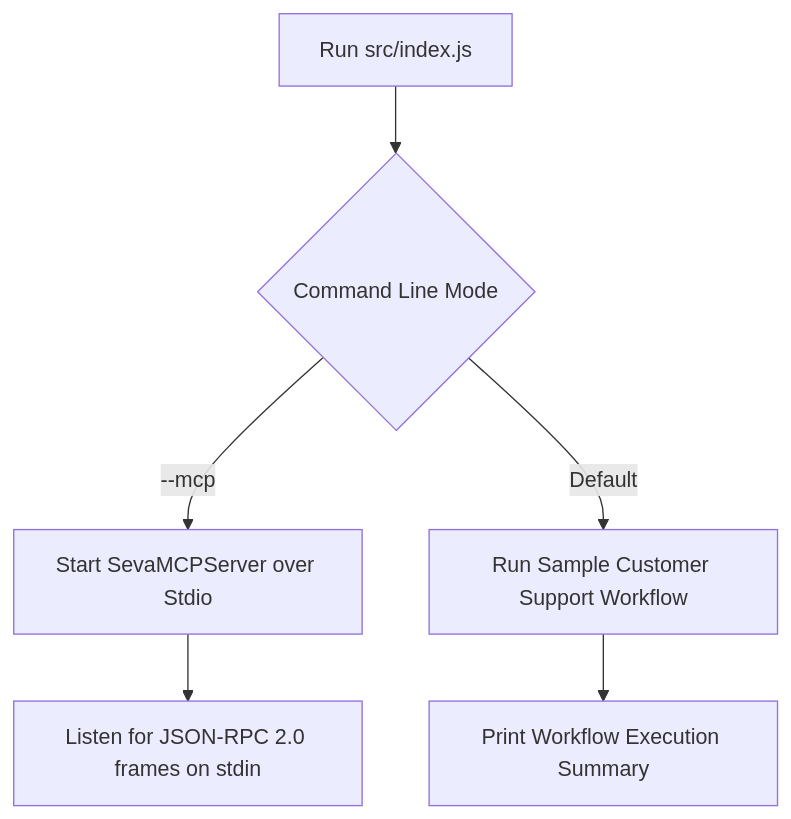
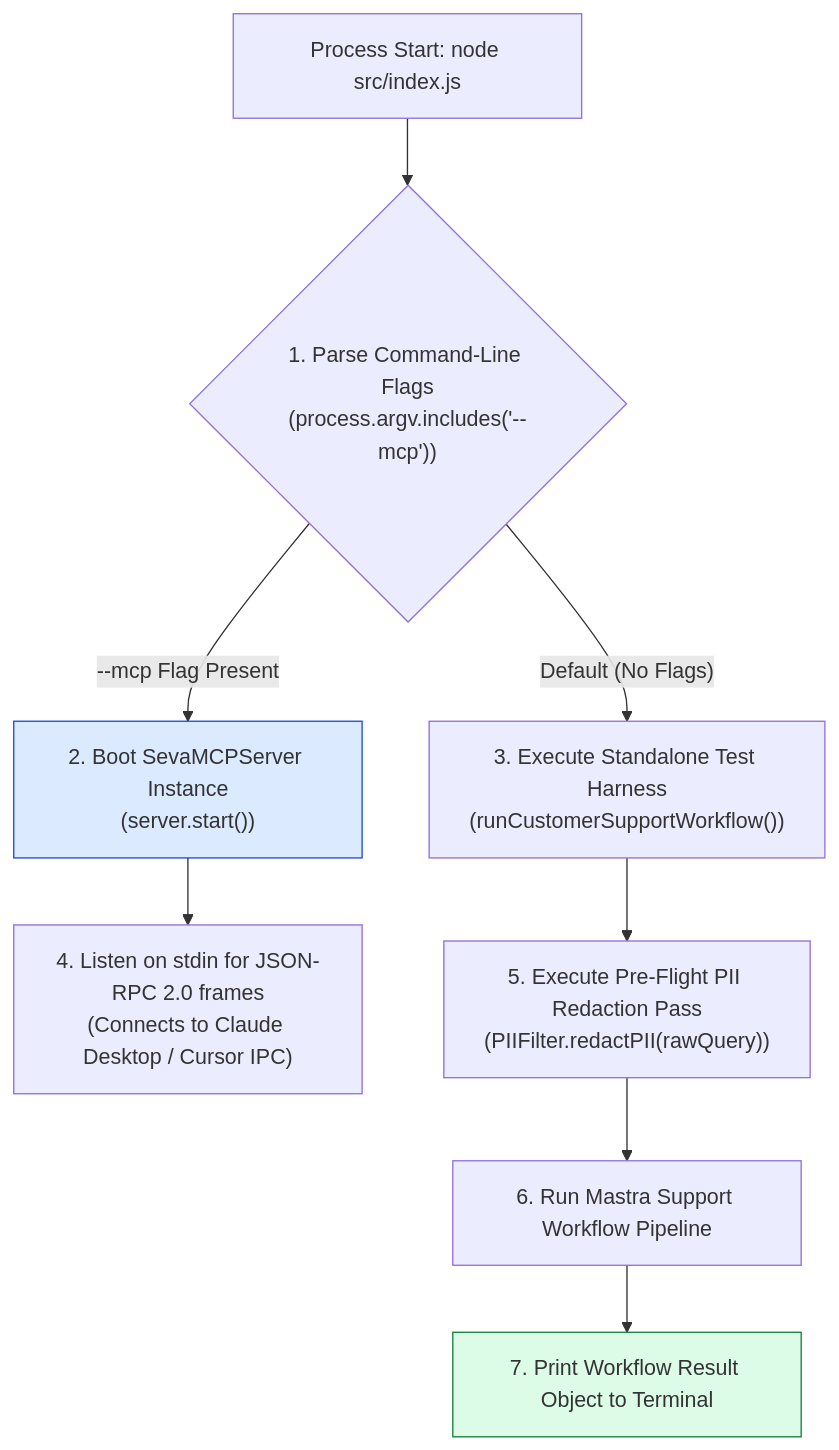
One commit to Amie-dev/engineering-playbook changed the first of 3 diagrams in agentic-ai-notes/06-seva-mcp/13-seva-mcp-cli-runner.md. Above: the diagram before and after it, drawn with Mermaid. The commit also changed other lines of this file and 12 other files, not shown here.

````diff
--- a/agentic-ai-notes/06-seva-mcp/13-seva-mcp-cli-runner.md
+++ b/agentic-ai-notes/06-seva-mcp/13-seva-mcp-cli-runner.md
@@ -10,9 +13,19 @@
 ```mermaid
 flowchart TD
-    Start[Run src/index.js] --> ParseArgs{Command Line Mode}
-    ParseArgs -- "--mcp" --> StartMCP[Start SevaMCPServer over Stdio]
-    ParseArgs -- Default --> RunWorkflow[Run Sample Customer Support Workflow]
+    Launch[Process Start: node src/index.js] --> FlagParse{"1. Parse Command-Line Flags<br/>(process.argv.includes('--mcp'))"}
 
-    StartMCP --> StdioListening[Listen for JSON-RPC 2.0 frames on stdin]
-    RunWorkflow --> DisplayOutput[Print Workflow Execution Summary]
+    FlagParse -- "--mcp Flag Present" --> MCPBoot["2. Boot SevaMCPServer Instance<br/>(server.start())"]
+
+    FlagParse -- "Default (No Flags)" --> WorkflowBoot["3. Execute Standalone Test Harness<br/>(runCustomerSupportWorkflow())"]
+
+    MCPBoot --> StdioListen["4. Listen on stdin for JSON-RPC 2.0 frames<br/>(Connects to Claude Desktop / Cursor IPC)"]
+
+    WorkflowBoot --> PIIPass["5. Execute Pre-Flight PII Redaction Pass<br/>(PIIFilter.redactPII(rawQuery))"]
+
+    PIIPass --> WFExecute["6. Run Mastra Support Workflow Pipeline"]
+
+    WFExecute --> OutputResult[7. Print Workflow Result Object to Terminal]
+
+    style MCPBoot fill:#dbeafe,stroke:#1d4ed8
+    style OutputResult fill:#dcfce7,stroke:#15803d
 ```
````
